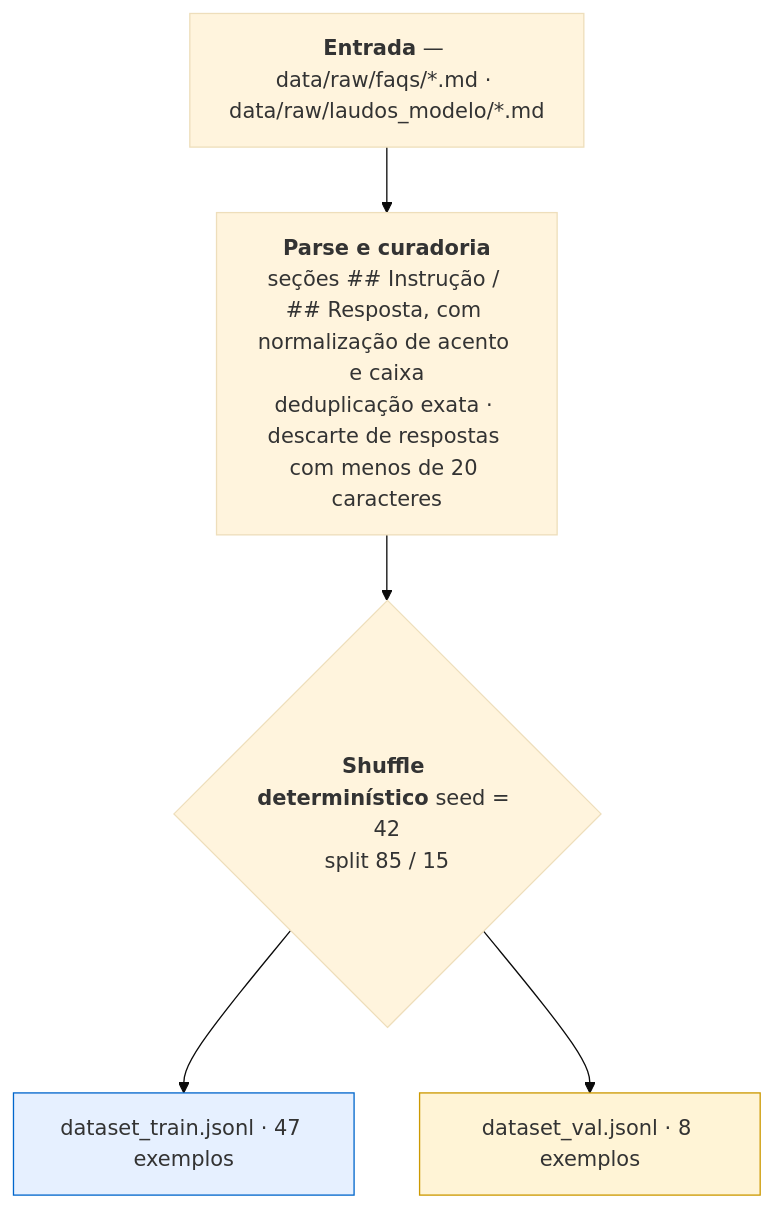
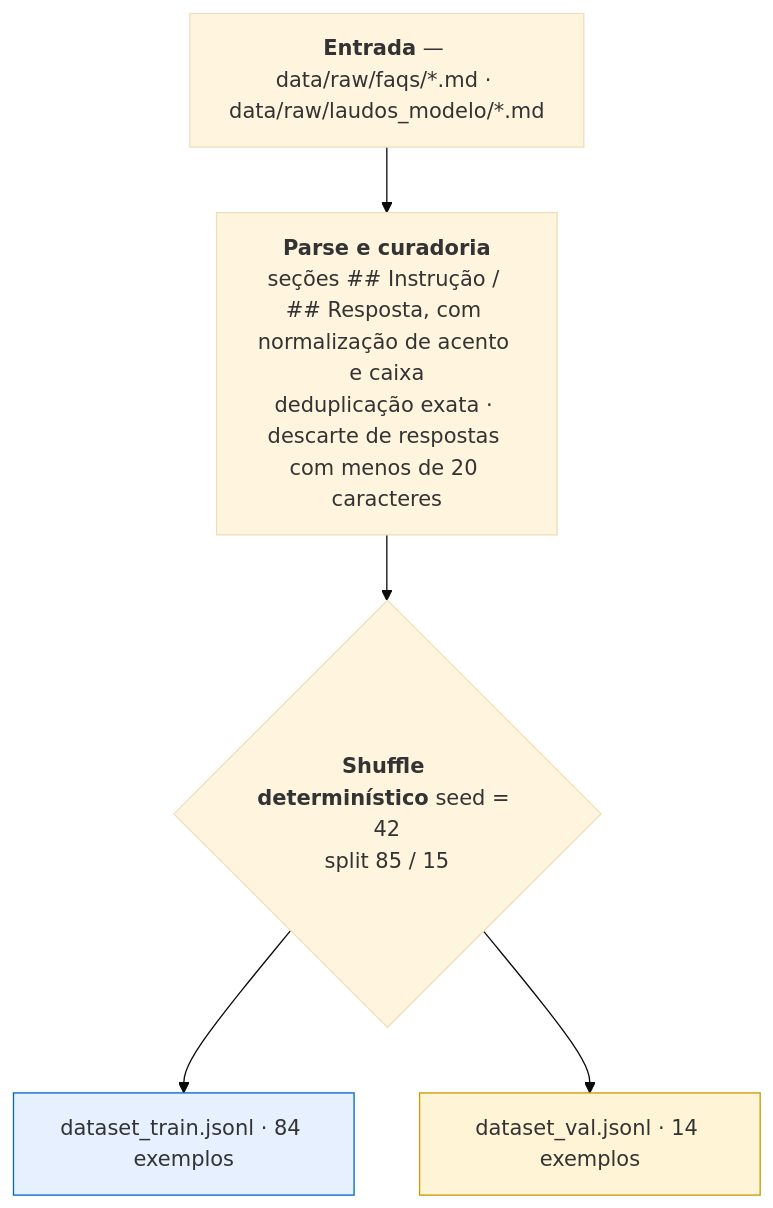
Before and after one commit to bschoola/AI-TechChallenge-Step3: the first of 5 diagrams in RELATORIO_TECNICO.md, drawn with Mermaid (base theme). The commit also changed other lines of this file and 137 other files, not shown here.

````diff
--- a/RELATORIO_TECNICO.md
+++ b/RELATORIO_TECNICO.md
@@ -92,11 +95,11 @@
 ```mermaid
 flowchart TD
     A["<b>Entrada</b> — data/raw/faqs/*.md · data/raw/laudos_modelo/*.md"]
     A --> B["<b>Parse e curadoria</b><br/>seções ## Instrução / ## Resposta, com normalização de acento e caixa<br/>deduplicação exata · descarte de respostas com menos de 20 caracteres"]
     B --> E{"<b>Shuffle determinístico</b> seed = 42<br/>split 85 / 15"}
-    E --> G["dataset_train.jsonl · 47 exemplos"]
-    E --> H["dataset_val.jsonl · 8 exemplos"]
+    E --> G["dataset_train.jsonl · 84 exemplos"]
+    E --> H["dataset_val.jsonl · 14 exemplos"]
 
     style G fill:#e6f0ff,stroke:#06c
     style H fill:#fff4d6,stroke:#c90
 ```
````
